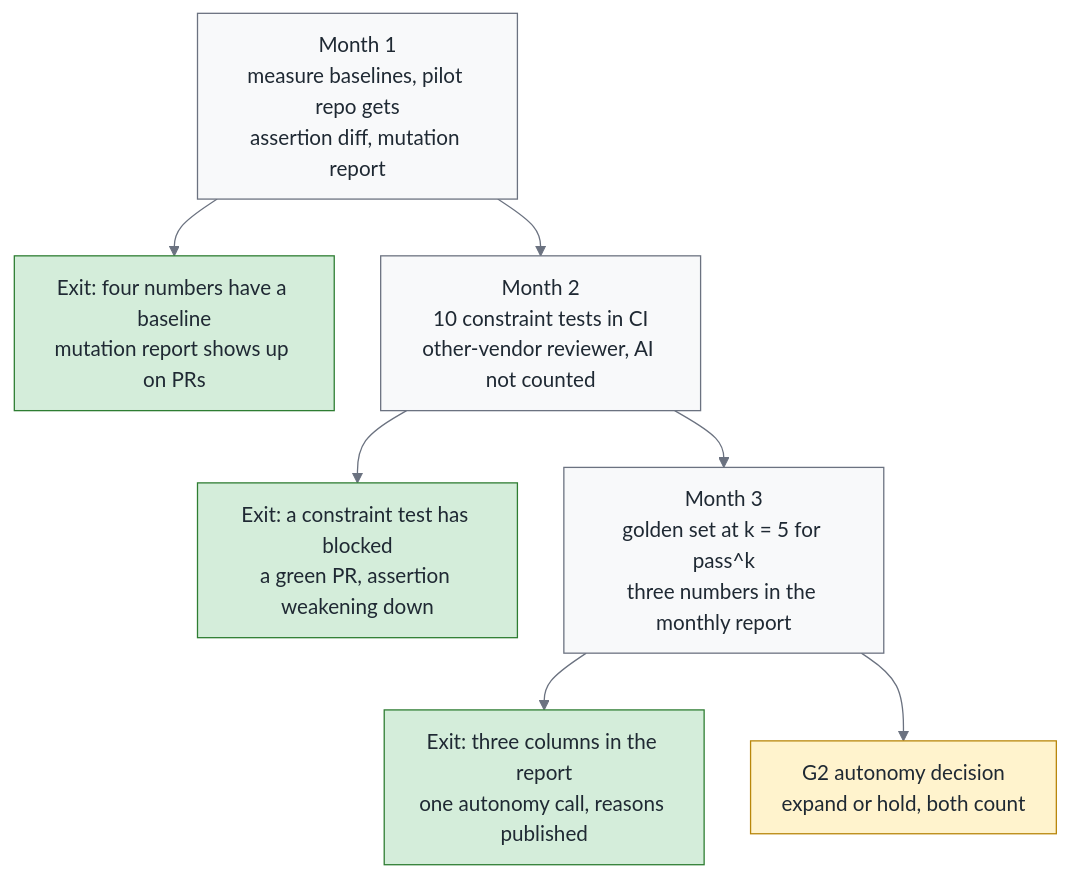
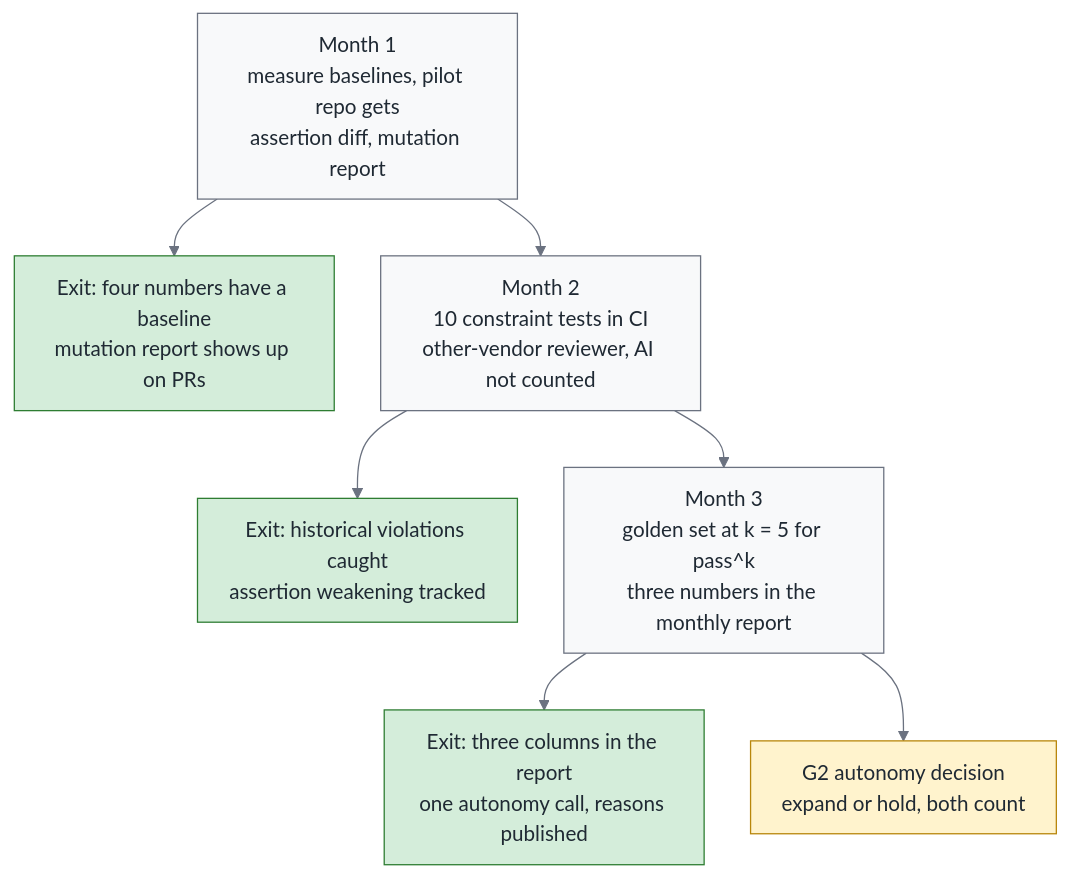
Before and after one commit to fantasybz/medium-articles: the tenth of 10 diagrams in 2026-10-green-overview/article.en.md, drawn with Mermaid. The commit also changed other lines of this file and 93 other files, not shown here.

````diff
--- a/2026-10-green-overview/article.en.md
+++ b/2026-10-green-overview/article.en.md
@@ -792,39 +792,39 @@
 ```mermaid
 ---
 config:
   theme: base
   themeVariables:
     fontSize: 16px
     primaryColor: "#f8f9fa"
     primaryTextColor: "#1f2933"
     primaryBorderColor: "#6b7280"
     lineColor: "#6b7280"
     secondaryColor: "#f8f9fa"
     tertiaryColor: "#ffffff"
     clusterBkg: "#ffffff"
     clusterBorder: "#9ca3af"
     edgeLabelBackground: "#ffffff"
   flowchart:
     nodeSpacing: 36
     rankSpacing: 44
     padding: 12
     htmlLabels: true
     subGraphTitleMargin:
       top: 8
       bottom: 12
     curve: basis
 ---
 flowchart TB
     classDef own fill:#d4edda,stroke:#2e7d32,color:#1f2933
     classDef buy fill:#fff3cd,stroke:#b8860b,color:#1f2933
     classDef bad fill:#ffe0e0,stroke:#c0392b,color:#1f2933
     classDef human fill:#e3f2fd,stroke:#1565c0,color:#1f2933
     M1["Month 1<br/>measure baselines, pilot repo gets<br/>assertion diff, mutation report"] --> E1["Exit: four numbers have a baseline<br/>mutation report shows up on PRs"]
     M1 --> M2["Month 2<br/>10 constraint tests in CI<br/>other-vendor reviewer, AI not counted"]
-    M2 --> E2["Exit: a constraint test has blocked<br/>a green PR, assertion weakening down"]
+    M2 --> E2["Exit: historical violations caught<br/>assertion weakening tracked"]
     M2 --> M3["Month 3<br/>golden set at k = 5 for pass^k<br/>three numbers in the monthly report"]
     M3 --> E3["Exit: three columns in the report<br/>one autonomy call, reasons published"]
     M3 --> G["G2 autonomy decision<br/>expand or hold, both count"]
     class E1,E2,E3 own
     class G buy
 ```
````
